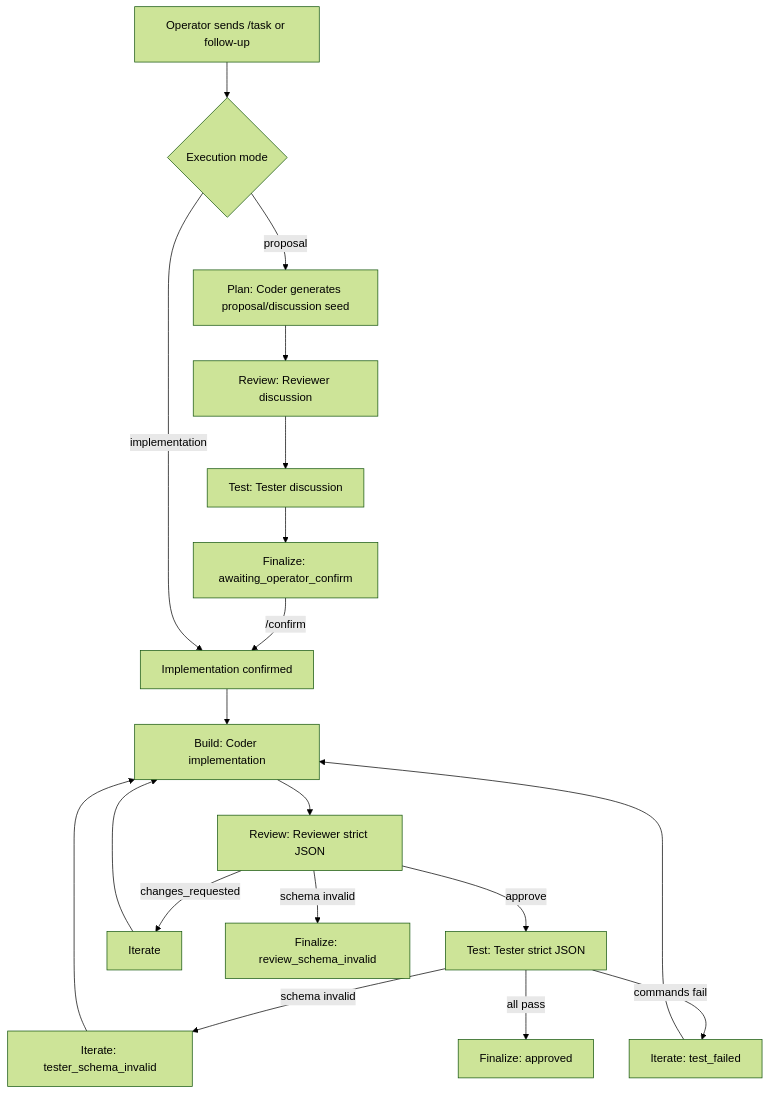
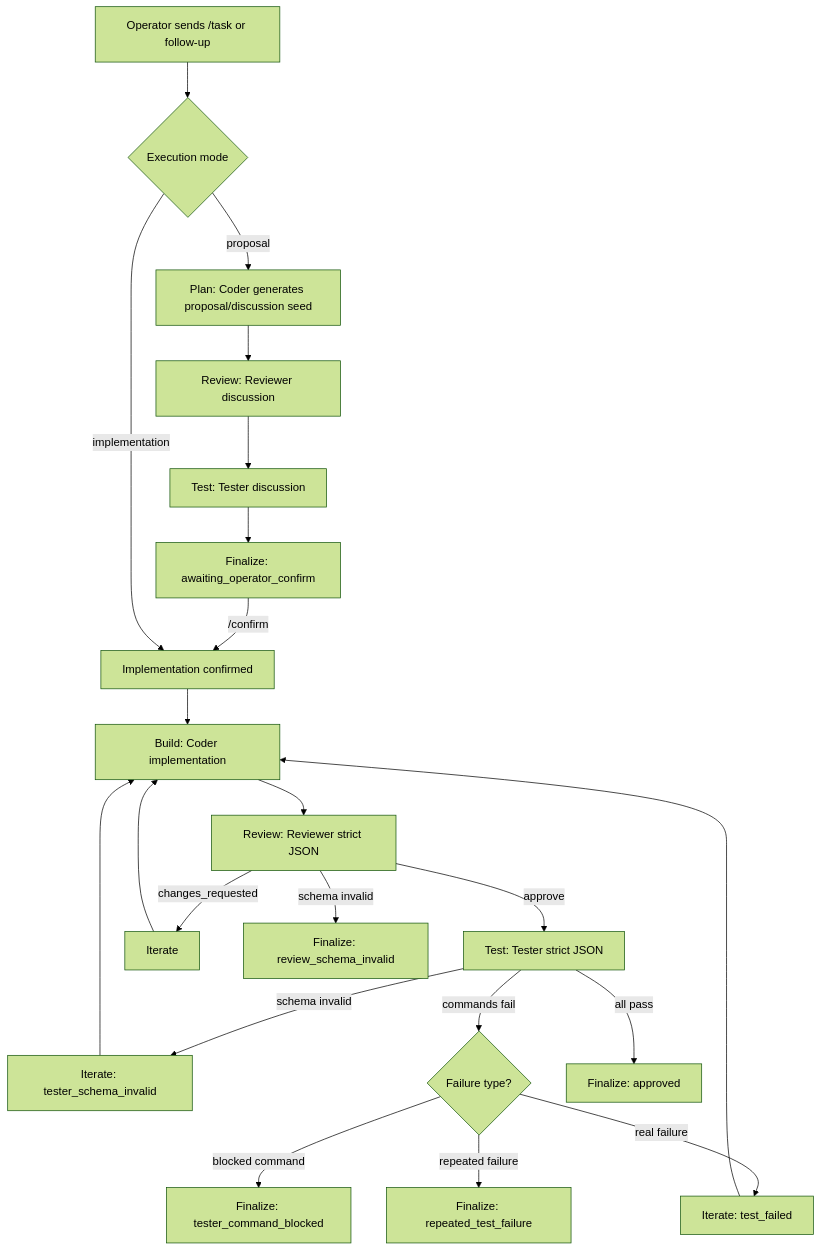
One commit to xu75/agent-team changed the first of 2 diagrams in docs/Architecture/workflow-overview.md. Above: the diagram before and after it, drawn with Mermaid (forest theme). The commit also changed other lines of this file and 15 other files, not shown here.

````diff
--- a/docs/Architecture/workflow-overview.md
+++ b/docs/Architecture/workflow-overview.md
@@ -8,24 +8,27 @@
 ```mermaid
 flowchart TD
   A[Operator sends /task or follow-up] --> B{Execution mode}
   B -->|proposal| C[Plan: Coder generates proposal/discussion seed]
   C --> D[Review: Reviewer discussion]
   D --> E[Test: Tester discussion]
   E --> F[Finalize: awaiting_operator_confirm]
   F -->|/confirm| G[Implementation confirmed]
 
   B -->|implementation| G
   G --> H[Build: Coder implementation]
   H --> I[Review: Reviewer strict JSON]
   I -->|approve| J[Test: Tester strict JSON]
   I -->|changes_requested| K[Iterate]
   I -->|schema invalid| L[Finalize: review_schema_invalid]
 
   J -->|schema invalid| M[Iterate: tester_schema_invalid]
-  J -->|commands fail| N[Iterate: test_failed]
+  J -->|commands fail| N{Failure type?}
+  N -->|blocked command| P[Finalize: tester_command_blocked]
+  N -->|repeated failure| Q[Finalize: repeated_test_failure]
+  N -->|real failure| R[Iterate: test_failed]
   J -->|all pass| O[Finalize: approved]
 
   K --> H
   M --> H
-  N --> H
+  R --> H
 ```
````
